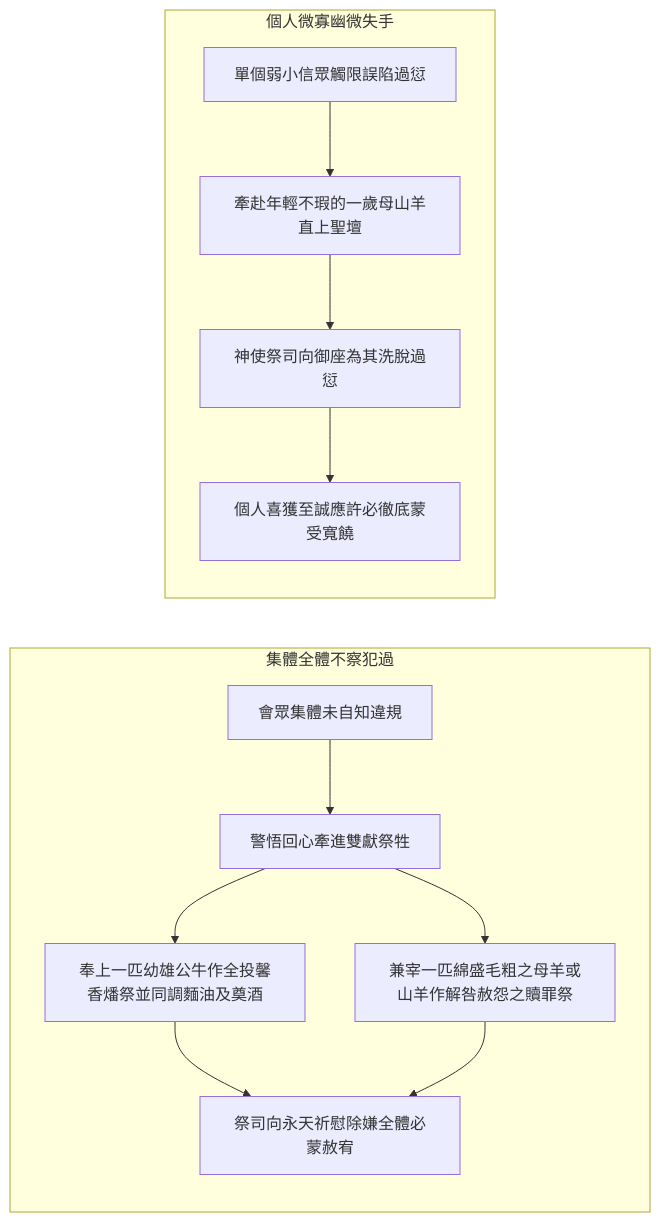
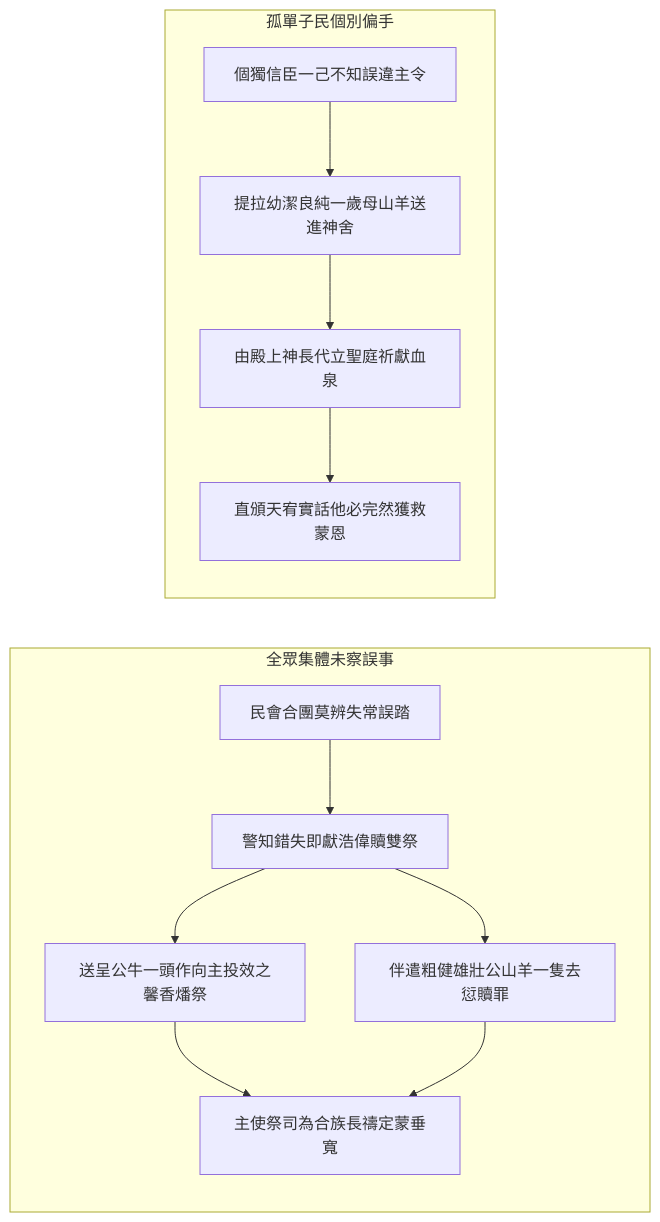
The second of 3 diagrams in 04 民數記/第15章.md (andyjr5566/Bible_wiki_zh), drawn with Mermaid before and after one commit. The commit also changed other lines of this file and 22 other files, not shown here.

````diff
--- a/04 民數記/第15章.md
+++ b/04 民數記/第15章.md
@@ -126,14 +124,14 @@
 ```mermaid
 flowchart LR
-    subgraph 集體全體不察犯過
-        A["會眾集體未自知違規"] --> B["警悟回心牽進雙獻祭牲"]
-        B --> C["奉上一匹幼雄公牛作全投馨香燔祭並同調麵油及奠酒"]
-        B --> D["兼宰一匹綿盛毛粗之母羊或山羊作解咎赦怨之贖罪祭"]
-        C & D --> E["祭司向永天祈慰除嫌全體必蒙赦宥"]
+    subgraph 全眾集體未察誤事
+        A["民會合團莫辨失常誤踏"] --> B["警知錯失即獻浩偉贖雙祭"]
+        B --> C["送呈公牛一頭作向主投效之馨香燔祭"]
+        B --> D["伴遣粗健雄壯公山羊一隻去愆贖罪"]
+        C & D --> E["主使祭司為合族長禱定蒙垂寬"]
     end
-    subgraph 個人微寡幽微失手
-        F["單個弱小信眾觸限誤陷過愆"] --> G["牽赴年輕不瑕的一歲母山羊直上聖壇"]
-        G --> H["神使祭司向御座為其洗脫過愆"]
-        H --> I["個人喜獲至誠應許必徹底蒙受寬饒"]
+    subgraph 孤單子民個別偏手
+        F["個獨信臣一己不知誤違主令"] --> G["提拉幼潔良純一歲母山羊送進神舍"]
+        G --> H["由殿上神長代立聖庭祈獻血泉"]
+        H --> I["直頒天宥實話他必完然獲救蒙恩"]
     end
 ```
````
